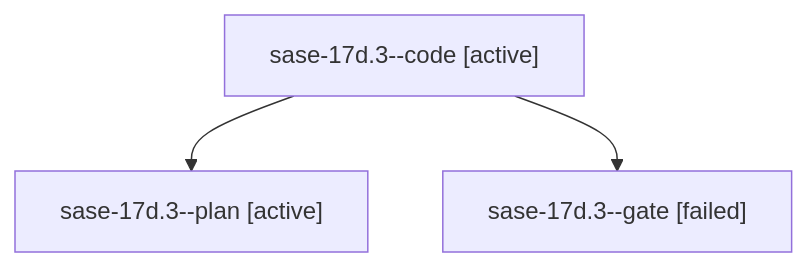
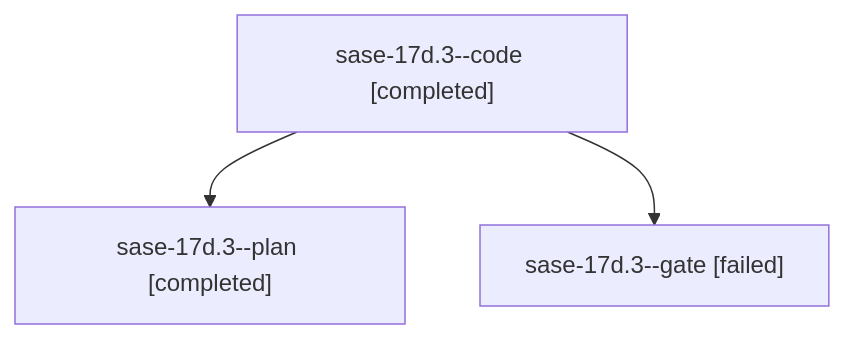
Before and after one commit to sase-org/sase--agents: the diagram in families/bbugyi200.athena.sase-17d.3.md, drawn with Mermaid. The commit also changed other lines of this file and 154 other files, not shown here.

````diff
--- a/families/bbugyi200.athena.sase-17d.3.md
+++ b/families/bbugyi200.athena.sase-17d.3.md
@@ -9,8 +9,8 @@
 ```mermaid
 flowchart TD
-  n0["sase-17d.3--code [active]"]
-  n1["sase-17d.3--plan [active]"]
+  n0["sase-17d.3--code [completed]"]
+  n1["sase-17d.3--plan [completed]"]
   n0 --> n1
   n2["sase-17d.3--gate [failed]"]
   n0 --> n2
 ```
````
